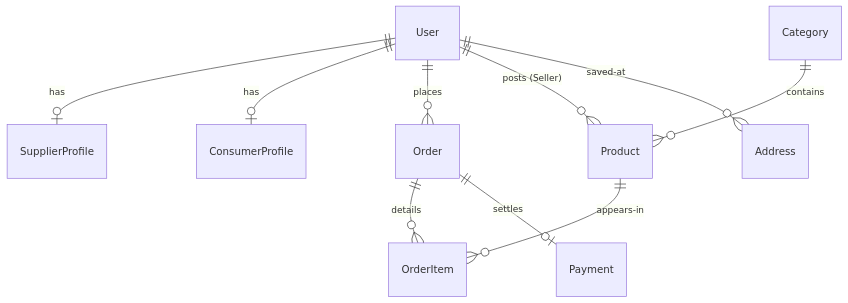
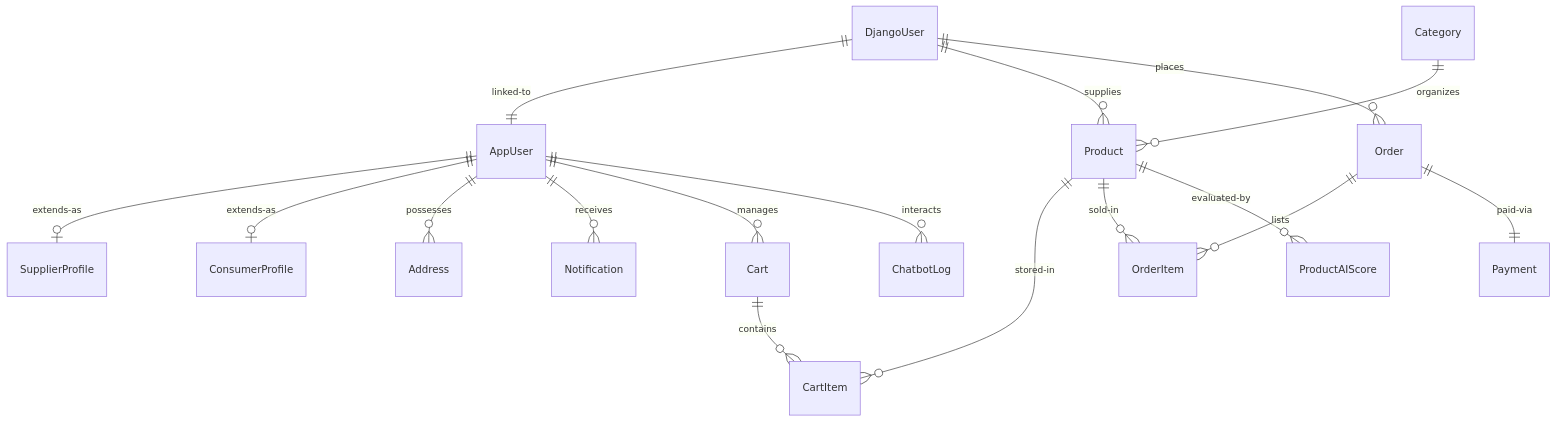
One commit to Vaish-251105/smart-ecommerce changed the fourth of 5 diagrams in DATABASE_AND_DFD_DESIGN.md. Above: the diagram before and after it, drawn with Mermaid. The commit also changed other lines of this file and 1 other file, not shown here.

````diff
--- a/DATABASE_AND_DFD_DESIGN.md
+++ b/DATABASE_AND_DFD_DESIGN.md
@@ -146,12 +157,23 @@
 ```mermaid
 erDiagram
-    User ||--o| SupplierProfile : "has"
-    User ||--o| ConsumerProfile : "has"
-    User ||--o{ Order : "places"
-    Category ||--o{ Product : "contains"
-    User ||--o{ Product : "posts (Seller)"
-    Order ||--o{ OrderItem : "details"
-    Product ||--o{ OrderItem : "appears-in"
-    Order ||--o| Payment : "settles"
-    User ||--o{ Address : "saved-at"
+    DjangoUser ||--|| AppUser : "linked-to"
+    AppUser ||--o| SupplierProfile : "extends-as"
+    AppUser ||--o| ConsumerProfile : "extends-as"
+    AppUser ||--o{ Address : "possesses"
+    AppUser ||--o{ Notification : "receives"
+    
+    AppUser ||--o{ Cart : "manages"
+    Cart ||--o{ CartItem : "contains"
+    Product ||--o{ CartItem : "stored-in"
+    
+    DjangoUser ||--o{ Product : "supplies"
+    Category ||--o{ Product : "organizes"
+    
+    DjangoUser ||--o{ Order : "places"
+    Order ||--o{ OrderItem : "lists"
+    Product ||--o{ OrderItem : "sold-in"
+    Order ||--|| Payment : "paid-via"
+    
+    AppUser ||--o{ ChatbotLog : "interacts"
+    Product ||--o{ ProductAIScore : "evaluated-by"
 ```
````
